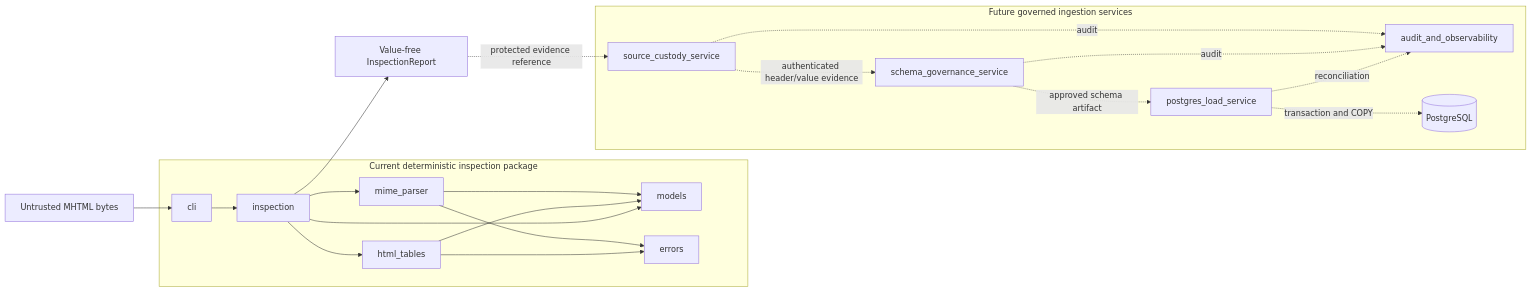
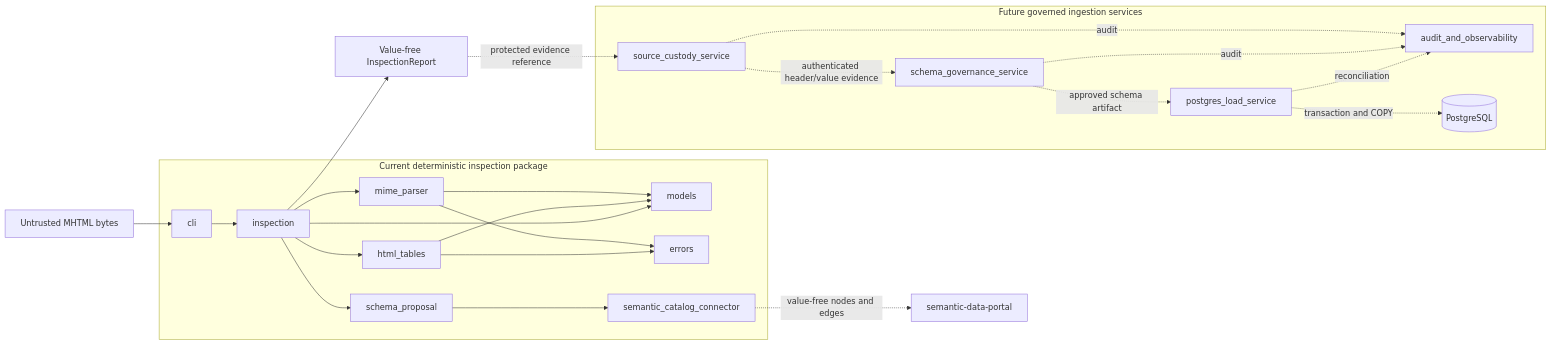
The first of 6 diagrams in docs/UML.md (ContextualWisdomLab/mhtml-etl-gateway), drawn with Mermaid before and after one commit. The commit also changed other lines of this file and 22 other files, not shown here.

Commit message:
Add value-free semantic catalog connector

````diff
--- a/docs/UML.md
+++ b/docs/UML.md
@@ -10,38 +11,43 @@
 ```mermaid
 flowchart LR
     subgraph current[Current deterministic inspection package]
         CLI[cli]
         MOD[models]
         ERR[errors]
         MIME[mime_parser]
         HTML[html_tables]
         INS[inspection]
         CLI --> INS
         INS --> MIME
         INS --> HTML
         MIME --> MOD
         HTML --> MOD
         MIME --> ERR
         HTML --> ERR
-        INS --> MOD
+    INS --> MOD
+        PROPOSAL[schema_proposal]
+        CATALOG[semantic_catalog_connector]
+        INS --> PROPOSAL
+        PROPOSAL --> CATALOG
     end
 
     SRC[Untrusted MHTML bytes] --> CLI
     INS --> REPORT[Value-free InspectionReport]
 
     subgraph future[Future governed ingestion services]
         CUST[source_custody_service]
         SCHEMA[schema_governance_service]
         LOAD[postgres_load_service]
         AUDIT[audit_and_observability]
         STORE[(PostgreSQL)]
     end
 
     REPORT -. protected evidence reference .-> CUST
+    CATALOG -. value-free nodes and edges .-> PORTAL[semantic-data-portal]
     CUST -. authenticated header/value evidence .-> SCHEMA
     SCHEMA -. approved schema artifact .-> LOAD
     LOAD -. transaction and COPY .-> STORE
     CUST -. audit .-> AUDIT
     SCHEMA -. audit .-> AUDIT
     LOAD -. reconciliation .-> AUDIT
 ```
````
